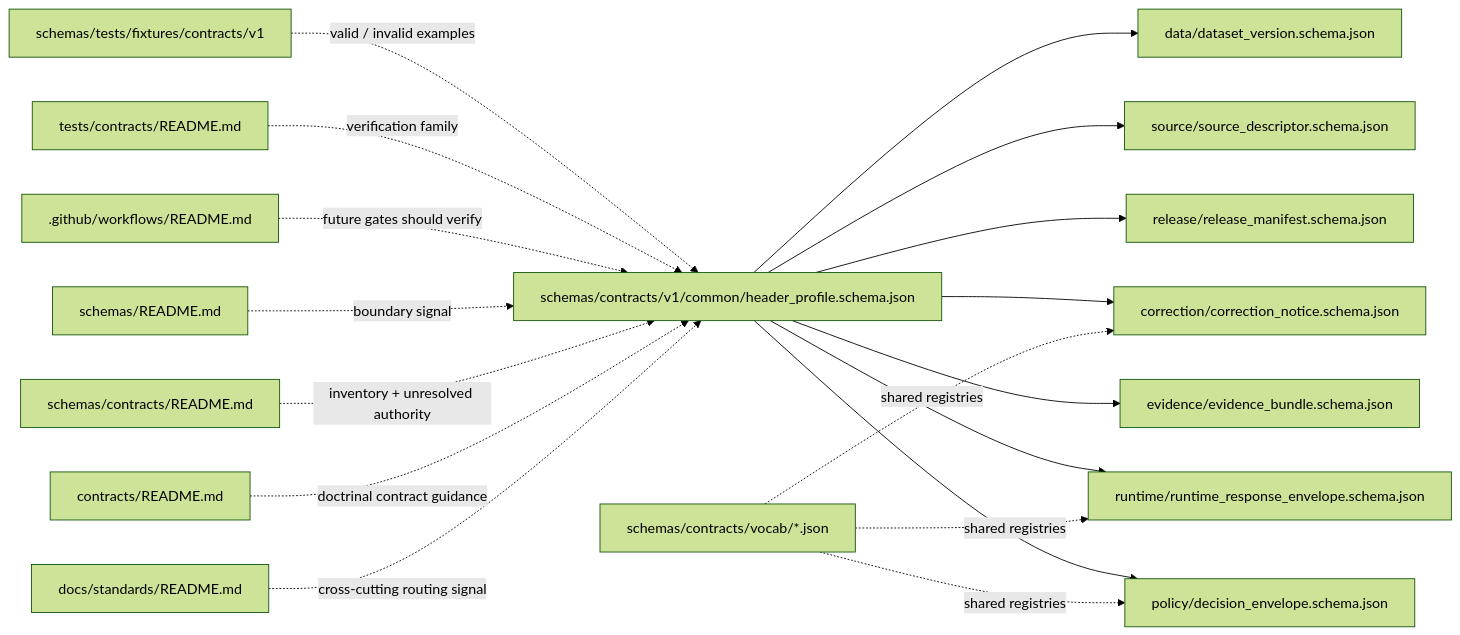
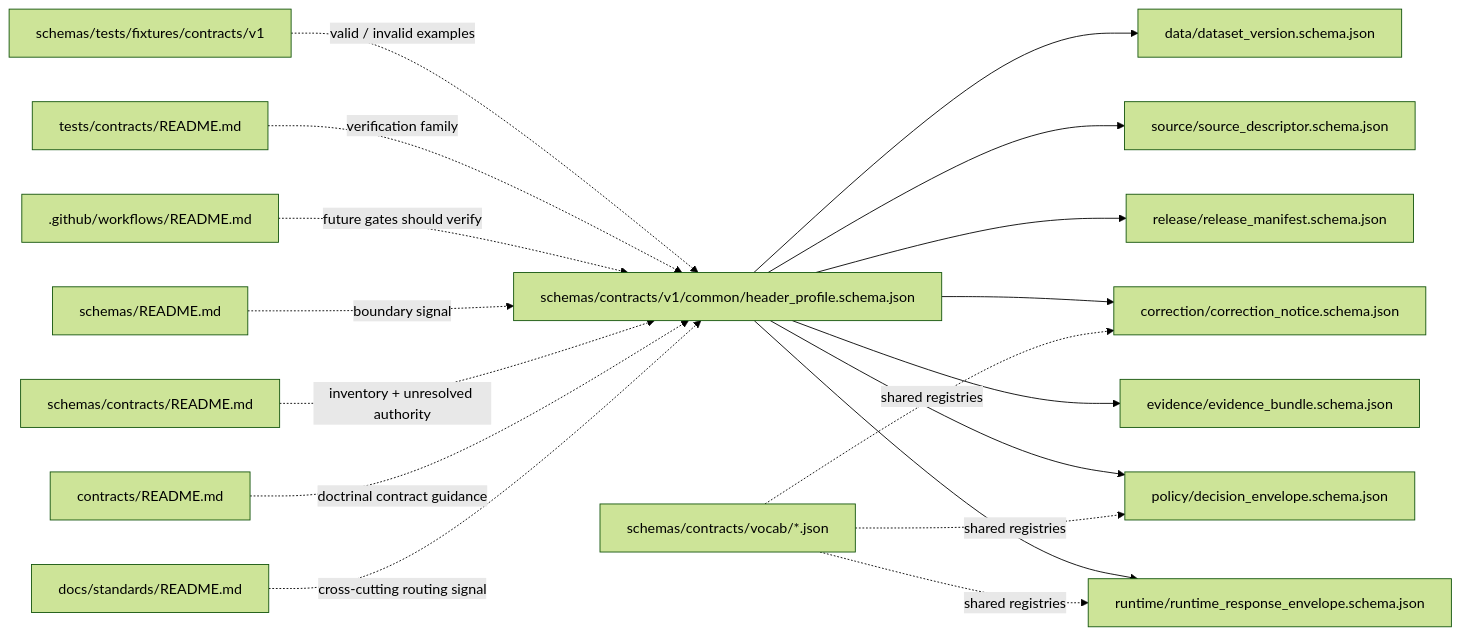
One commit to bartytime4life/Kansas-Frontier-Matrix changed the diagram in schemas/contracts/v1/common/README.md. Above: the diagram before and after it, drawn with Mermaid (forest theme). The commit also changed other lines of this file, not shown here.

````diff
--- a/schemas/contracts/v1/common/README.md
+++ b/schemas/contracts/v1/common/README.md
@@ -304,32 +354,32 @@
 ```mermaid
 flowchart LR
     A[schemas/contracts/v1/common/header_profile.schema.json]
-    B[policy/decision_envelope.schema.json]
+    B[runtime/runtime_response_envelope.schema.json]
     C[evidence/evidence_bundle.schema.json]
-    D[runtime/runtime_response_envelope.schema.json]
+    D[policy/decision_envelope.schema.json]
     E[release/release_manifest.schema.json]
     F[correction/correction_notice.schema.json]
     G[source/source_descriptor.schema.json]
     H[data/dataset_version.schema.json]
 
     A --> B
     A --> C
     A --> D
     A --> E
     A --> F
     A --> G
     A --> H
 
     I[schemas/contracts/vocab/*.json] -. shared registries .-> B
     I -. shared registries .-> D
     I -. shared registries .-> F
 
     J[schemas/tests/fixtures/contracts/v1] -. valid / invalid examples .-> A
     K[tests/contracts/README.md] -. verification family .-> A
     L[.github/workflows/README.md] -. future gates should verify .-> A
 
     M[schemas/README.md] -. boundary signal .-> A
     N[schemas/contracts/README.md] -. inventory + unresolved authority .-> A
     O[contracts/README.md] -. doctrinal contract guidance .-> A
     P[docs/standards/README.md] -. cross-cutting routing signal .-> A
 ```
````
